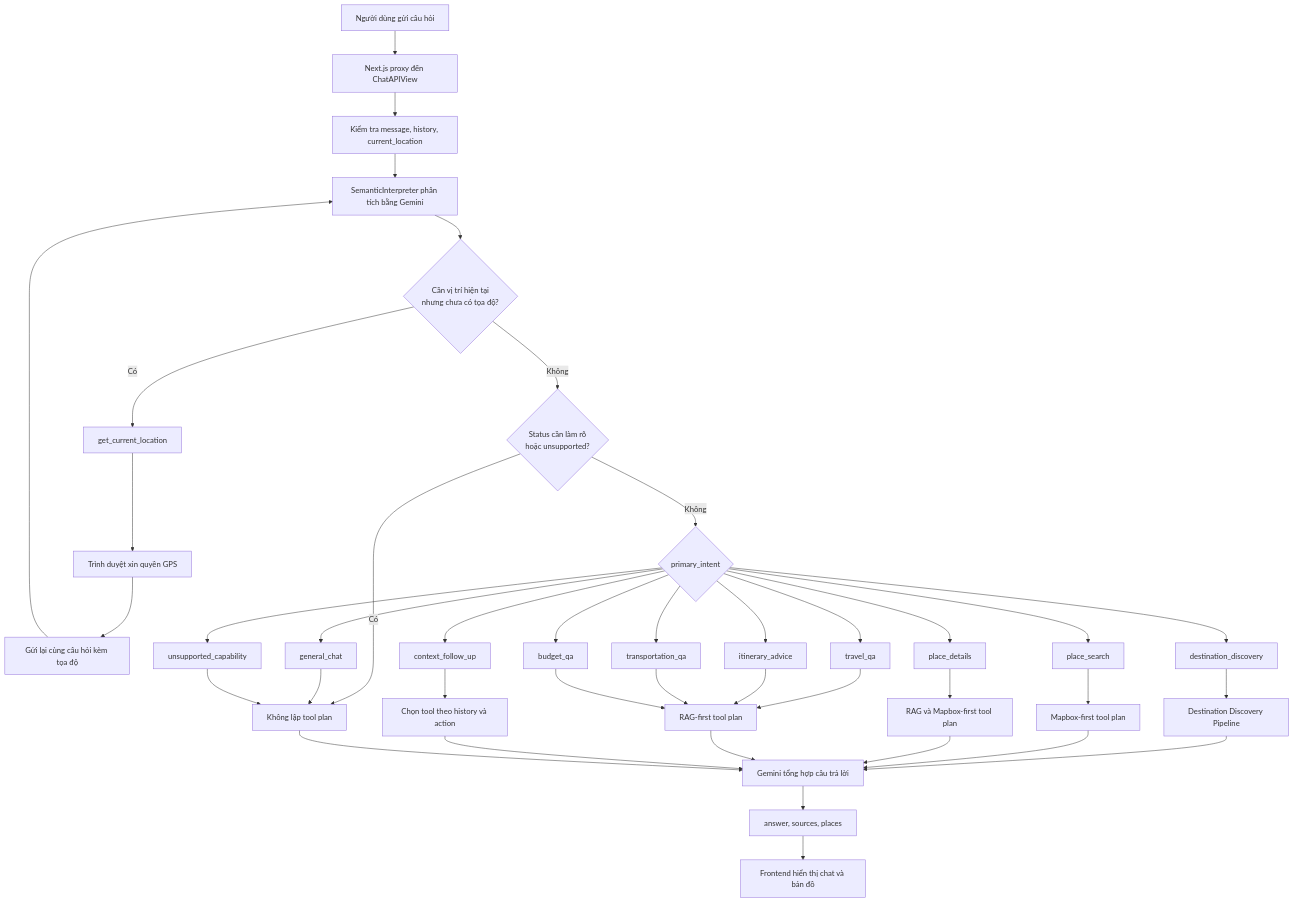
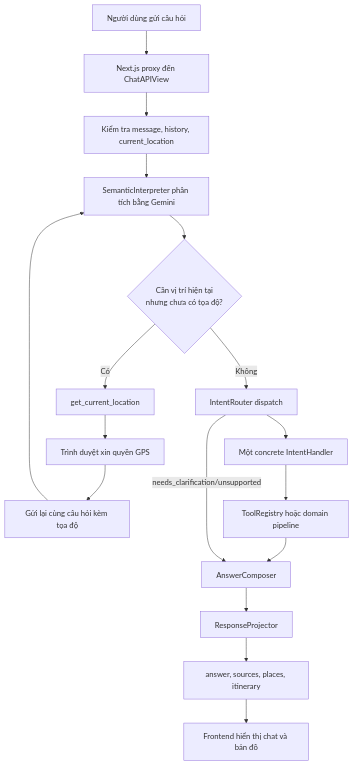
One commit to nguyendinhhung04/Travel-Chatbot changed the third of 8 diagrams in README.md. Above: the diagram before and after it, drawn with Mermaid. The commit also changed other lines of this file and 33 other files, not shown here.

````diff
--- a/README.md
+++ b/README.md
@@ -104,47 +105,21 @@
 ```mermaid
 flowchart TD
     U[Người dùng gửi câu hỏi] --> API[Next.js proxy đến ChatAPIView]
     API --> VALIDATE[Kiểm tra message, history, current_location]
     VALIDATE --> SEMANTIC[SemanticInterpreter phân tích bằng Gemini]
     SEMANTIC --> GPS{Cần vị trí hiện tại<br/>nhưng chưa có tọa độ?}
 
     GPS -->|Có| CLIENT[get_current_location]
     CLIENT --> BROWSER[Trình duyệt xin quyền GPS]
     BROWSER --> RETRY[Gửi lại cùng câu hỏi kèm tọa độ]
     RETRY --> SEMANTIC
 
-    GPS -->|Không| STATUS{Status cần làm rõ<br/>hoặc unsupported?}
-    STATUS -->|Có| NO_TOOL[Không lập tool plan]
-    STATUS -->|Không| INTENT{primary_intent}
-
-    INTENT --> DD[destination_discovery]
-    INTENT --> PS[place_search]
-    INTENT --> PD[place_details]
-    INTENT --> TQ[travel_qa]
-    INTENT --> IA[itinerary_advice]
-    INTENT --> TR[transportation_qa]
-    INTENT --> BQ[budget_qa]
-    INTENT --> CF[context_follow_up]
-    INTENT --> GC[general_chat]
-    INTENT --> UC[unsupported_capability]
-
-    DD --> DISCOVERY[Destination Discovery Pipeline]
-    PS --> MAPBOX[Mapbox-first tool plan]
-    PD --> DETAILS[RAG và Mapbox-first tool plan]
-    TQ --> ADVICE[RAG-first tool plan]
-    IA --> ADVICE
-    TR --> ADVICE
-    BQ --> ADVICE
-    CF --> HISTORY[Chọn tool theo history và action]
-    GC --> NO_TOOL
-    UC --> NO_TOOL
-
-    DISCOVERY --> SYNTHESIS[Gemini tổng hợp câu trả lời]
-    MAPBOX --> SYNTHESIS
-    DETAILS --> SYNTHESIS
-    ADVICE --> SYNTHESIS
-    HISTORY --> SYNTHESIS
-    NO_TOOL --> SYNTHESIS
-    SYNTHESIS --> RESPONSE[answer, sources, places]
+    GPS -->|Không| ROUTER[IntentRouter dispatch]
+    ROUTER --> HANDLER[Một concrete IntentHandler]
+    HANDLER --> EXEC[ToolRegistry hoặc domain pipeline]
+    EXEC --> COMPOSER[AnswerComposer]
+    ROUTER -->|needs_clarification/unsupported| COMPOSER
+    COMPOSER --> PROJECTOR[ResponseProjector]
+    PROJECTOR --> RESPONSE[answer, sources, places, itinerary]
     RESPONSE --> UI[Frontend hiển thị chat và bản đồ]
 ```
````
